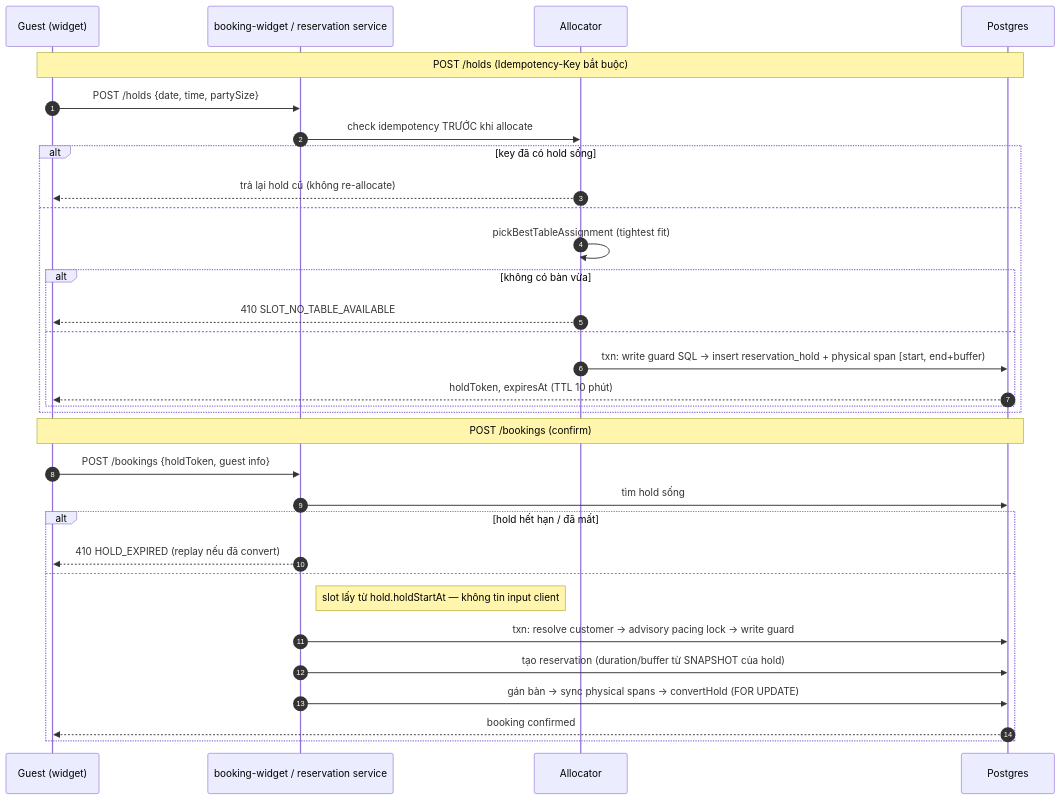
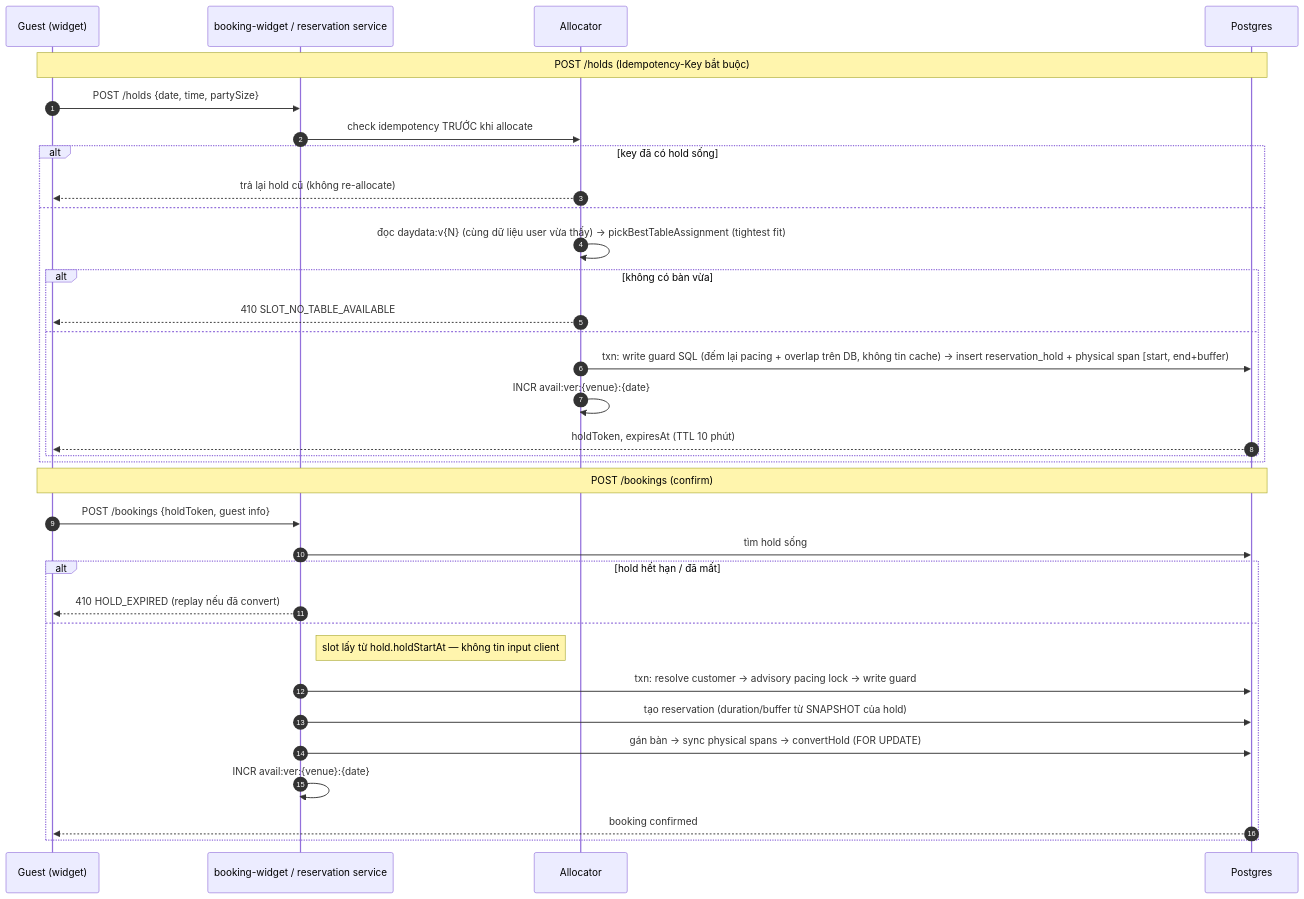
One commit to hoangb0410/project-docs changed the fifth of 6 diagrams in AVAILABILITY-ALLOCATOR-OVERVIEW.md. Above: the diagram before and after it, drawn with Mermaid. The commit also changed other lines of this file, not shown here.

````diff
--- a/AVAILABILITY-ALLOCATOR-OVERVIEW.md
+++ b/AVAILABILITY-ALLOCATOR-OVERVIEW.md
@@ -176,36 +421,38 @@
 ```mermaid
 sequenceDiagram
     autonumber
     participant G as Guest (widget)
     participant API as booking-widget / reservation service
     participant AL as Allocator
     participant PG as Postgres
 
     Note over G,PG: POST /holds (Idempotency-Key bắt buộc)
     G->>API: POST /holds {date, time, partySize}
     API->>AL: check idempotency TRƯỚC khi allocate
     alt key đã có hold sống
         AL-->>G: trả lại hold cũ (không re-allocate)
     else
-        AL->>AL: pickBestTableAssignment (tightest fit)
+        AL->>AL: đọc daydata:v{N} (cùng dữ liệu user vừa thấy) → pickBestTableAssignment (tightest fit)
         alt không có bàn vừa
             AL-->>G: 410 SLOT_NO_TABLE_AVAILABLE
         else
-            AL->>PG: txn: write guard SQL → insert reservation_hold + physical span [start, end+buffer)
+            AL->>PG: txn: write guard SQL (đếm lại pacing + overlap trên DB, không tin cache) → insert reservation_hold + physical span [start, end+buffer)
+            AL->>AL: INCR avail:ver:{venue}:{date}
             PG-->>G: holdToken, expiresAt (TTL 10 phút)
         end
     end
 
     Note over G,PG: POST /bookings (confirm)
     G->>API: POST /bookings {holdToken, guest info}
     API->>PG: tìm hold sống
     alt hold hết hạn / đã mất
         API-->>G: 410 HOLD_EXPIRED (replay nếu đã convert)
     else
         Note right of API: slot lấy từ hold.holdStartAt — không tin input client
         API->>PG: txn: resolve customer → advisory pacing lock → write guard
         API->>PG: tạo reservation (duration/buffer từ SNAPSHOT của hold)
         API->>PG: gán bàn → sync physical spans → convertHold (FOR UPDATE)
+        API->>API: INCR avail:ver:{venue}:{date}
         PG-->>G: booking confirmed
     end
 ```
````
